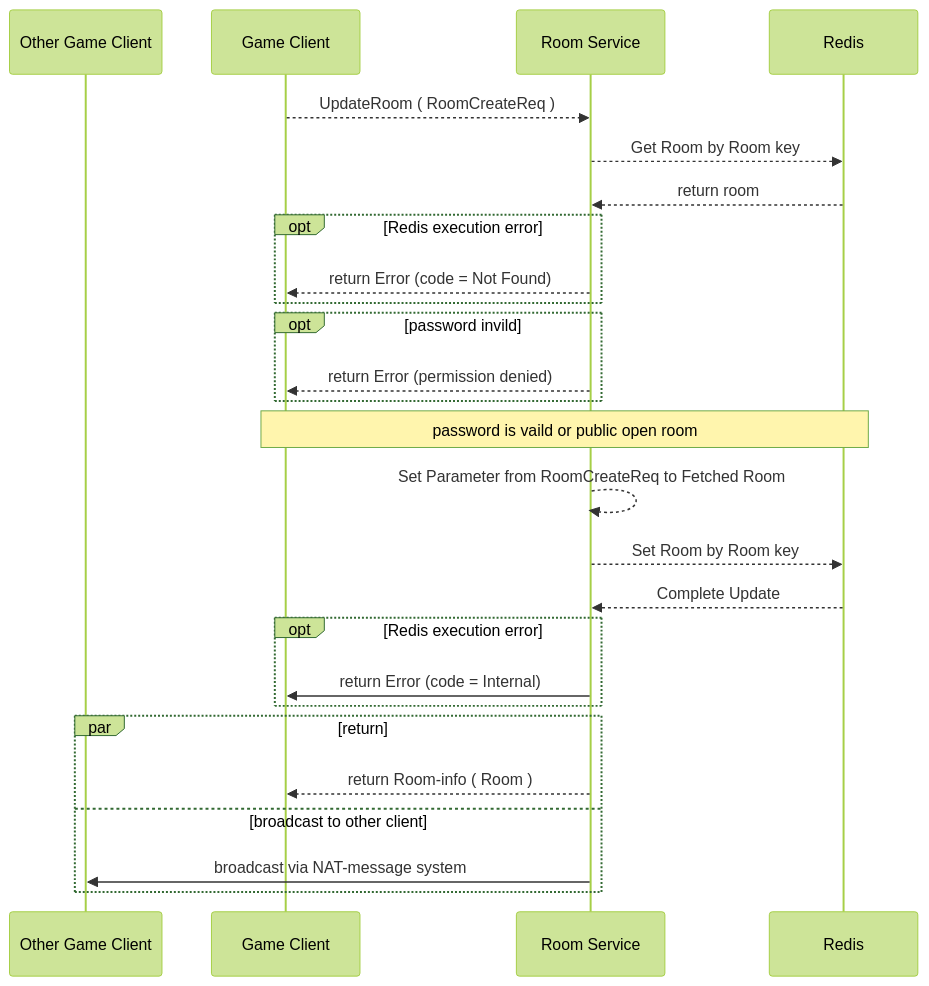
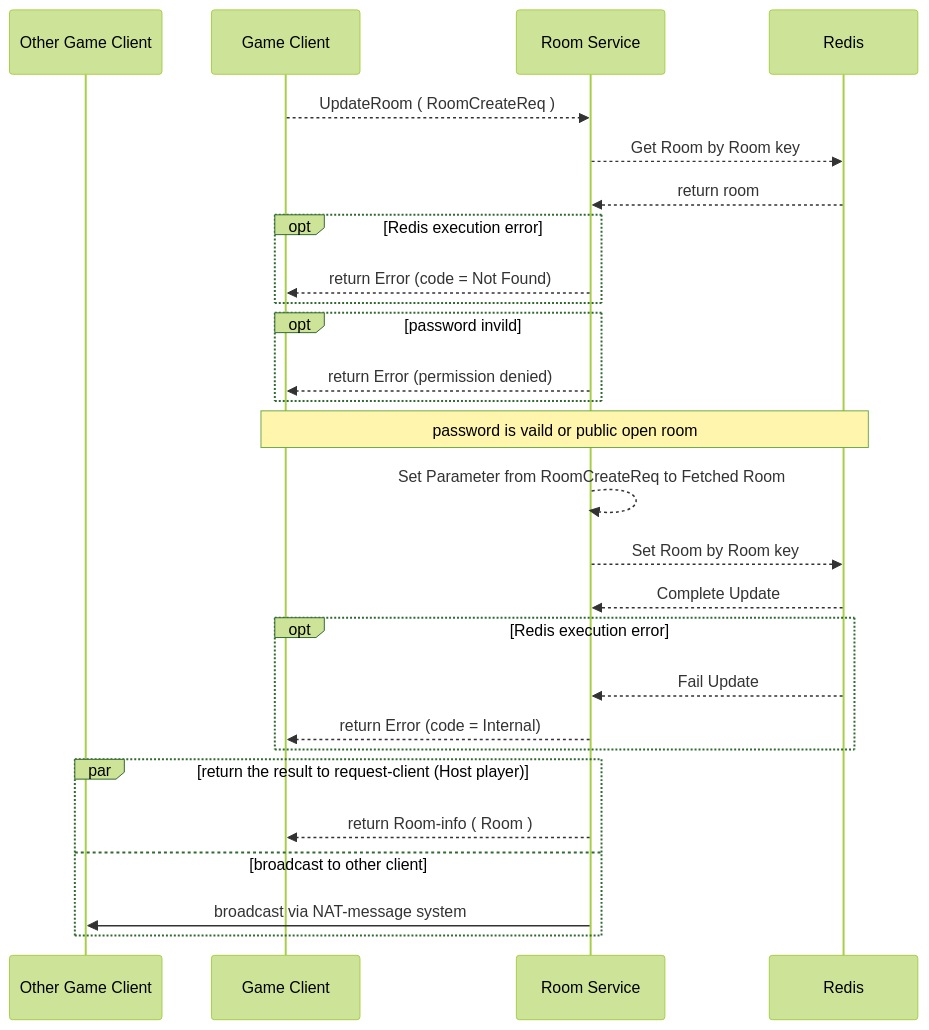
The fourth of 8 diagrams in doc/service.md (Stvchm9703/unlight-zwei-room-service), drawn with Mermaid (forest theme) before and after one commit. The commit also changed other lines of this file and 4 other files, not shown here.

Commit message:
1. update service work-flow document 2. update jopin-room and quit logic

````diff
--- a/doc/service.md
+++ b/doc/service.md
@@ -138,35 +143,36 @@
 ```mermaid 
 sequenceDiagram 
 participant OGC as Other Game Client
 participant GC as Game Client
 participant RS as Room Service
 participant Rds as Redis
 
   GC -->> RS: UpdateRoom ( RoomCreateReq )
 
   RS -->> Rds: Get Room by Room key
   Rds -->> RS: return room 
   opt Redis execution error
     RS -->> GC: return Error (code = Not Found) 
   end
 
   opt password invild 
     RS -->> GC: return Error (permission denied)
   end
 
   Note over GC,Rds : password is vaild or public open room 
 
   RS -->> RS: Set Parameter from RoomCreateReq to Fetched Room
   
   RS -->> Rds: Set Room by Room key
   Rds -->> RS: Complete Update
   opt Redis execution error
-    RS ->> GC: return Error (code = Internal) 
+    Rds -->> RS: Fail Update
+    RS -->> GC: return Error (code = Internal) 
   end
   
-  par return 
+  par return the result to request-client (Host player)
     RS -->> GC: return Room-info ( Room )  
   and broadcast to other client
     RS ->> OGC: broadcast via NAT-message system
   end
 ```
````
